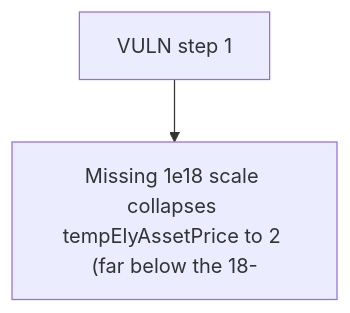
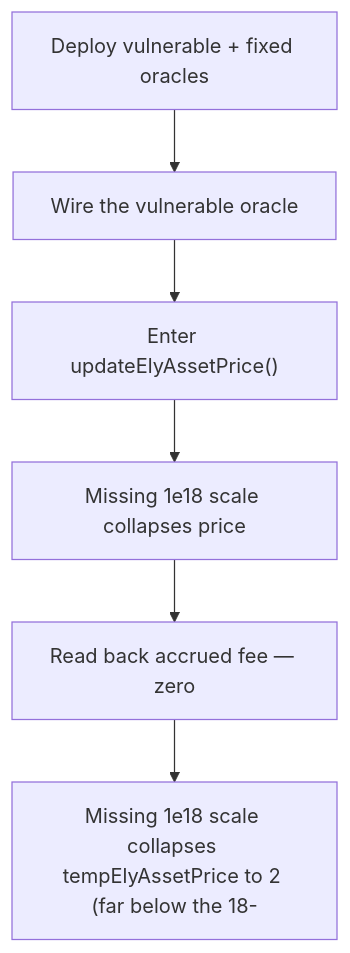
One commit to sanbir/evm-hack-registry changed the diagram in 63546-h-03-scaling-error-in-elyasset-price-calculation-leads-to-fe_exp/63546-h-03-scaling-error-in-elyasset-price-calculation-leads-to-fe_exp.md. Above: the diagram before and after it, drawn with Mermaid. The commit also changed other lines of this file and 79 other files, not shown here.

````diff
--- a/63546-h-03-scaling-error-in-elyasset-price-calculation-leads-to-fe_exp/63546-h-03-scaling-error-in-elyasset-price-calculation-leads-to-fe_exp.md
+++ b/63546-h-03-scaling-error-in-elyasset-price-calculation-leads-to-fe_exp/63546-h-03-scaling-error-in-elyasset-price-calculation-leads-to-fe_exp.md
@@ -28,6 +28,14 @@
 ```mermaid
 flowchart TD
-  S0["VULN step 1"]
+  S0["Deploy vulnerable + fixed oracles"]
+  S1["Wire the vulnerable oracle"]
+  S2["Enter updateElyAssetPrice()"]
+  S3["Missing 1e18 scale collapses price"]
+  S4["Read back accrued fee — zero"]
   H["Missing 1e18 scale collapses tempElyAssetPrice to 2 (far below the 18-"]
-  S0 --> H
+  S0 --> S1
+  S1 --> S2
+  S2 --> S3
+  S3 --> S4
+  S4 --> H
 ```
````
